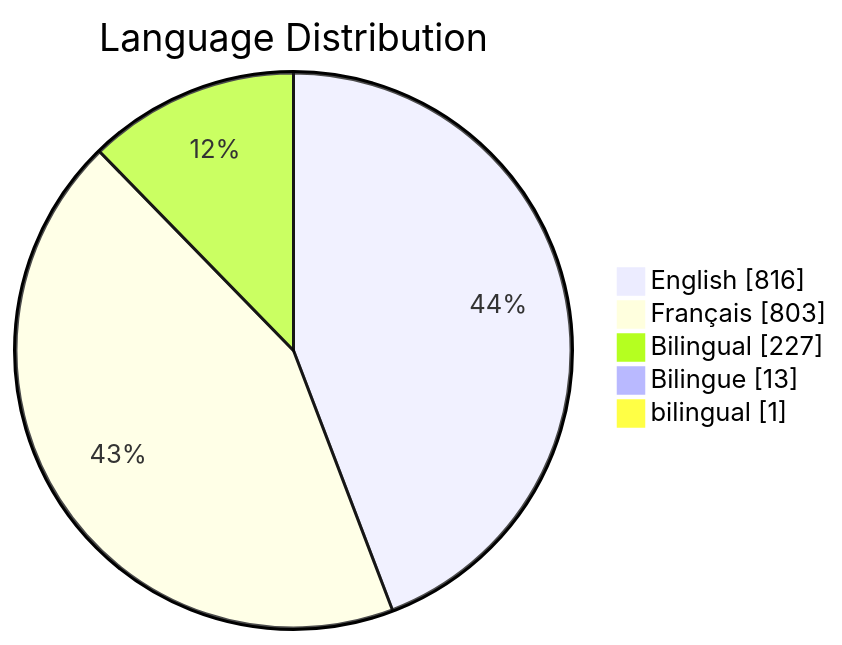
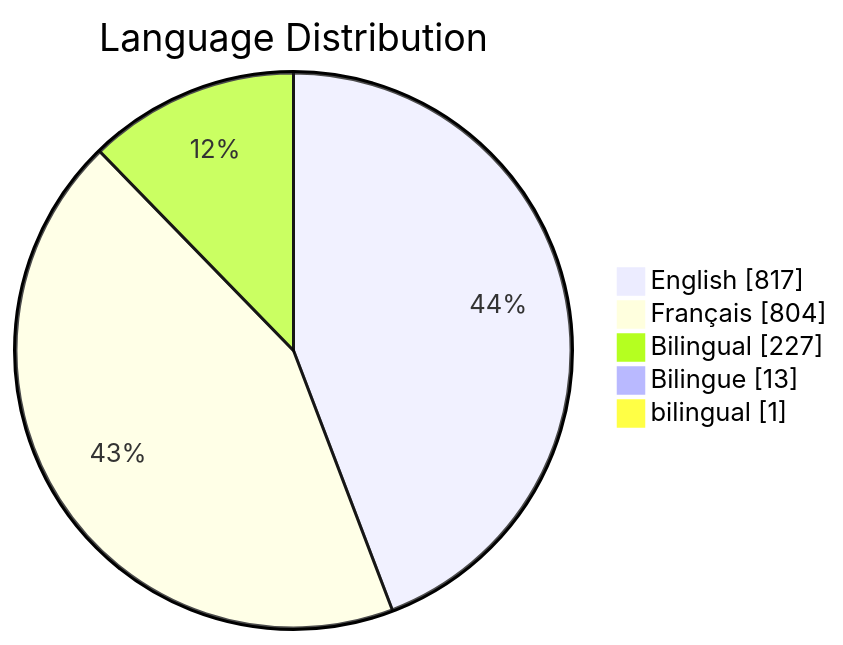
The third of 6 diagrams in README.md (PatLittle/GC-Socials), drawn with Mermaid before and after one commit. The commit also changed other lines of this file, not shown here.

Commit message:
Update README with Platform Distribution pie chart

````diff
--- a/README.md
+++ b/README.md
@@ -904,8 +87,8 @@
 ```mermaid
 pie showData title Language Distribution
-    "English": 816
-    "Français": 803
+    "English": 817
+    "Français": 804
     "Bilingual": 227
     "Bilingue": 13
     "bilingual": 1
 ```
````
